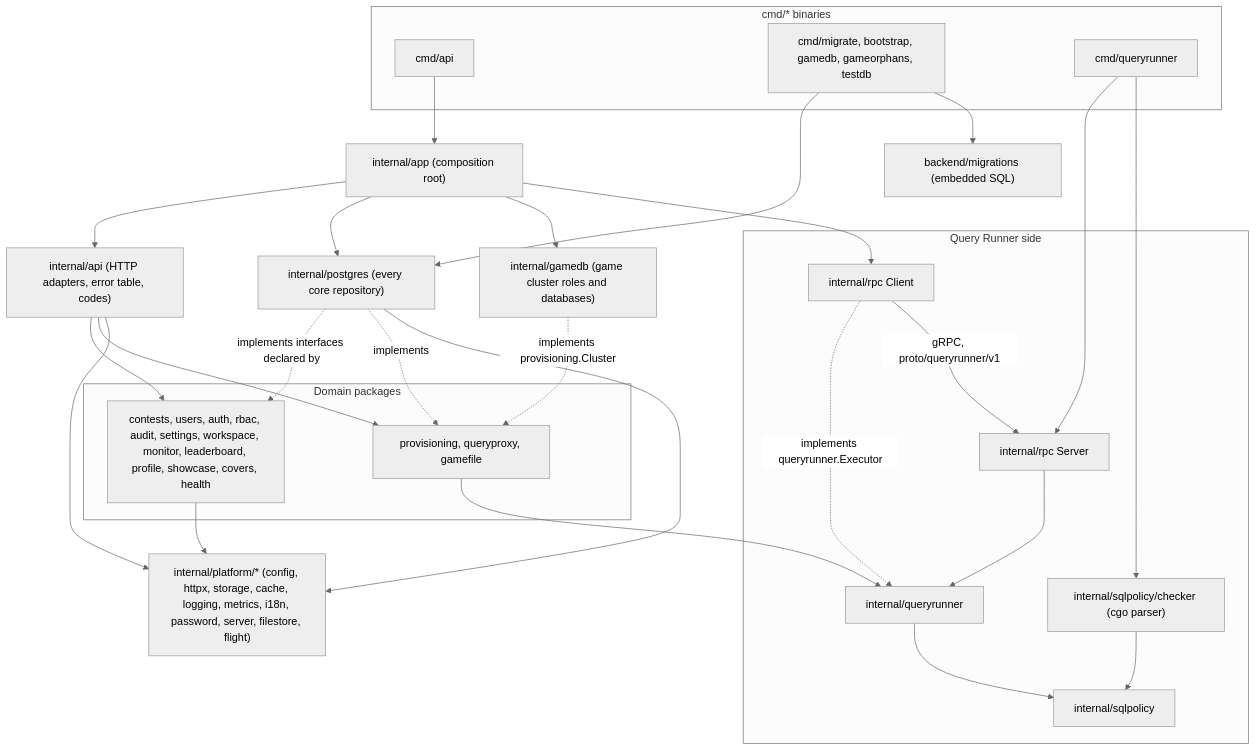
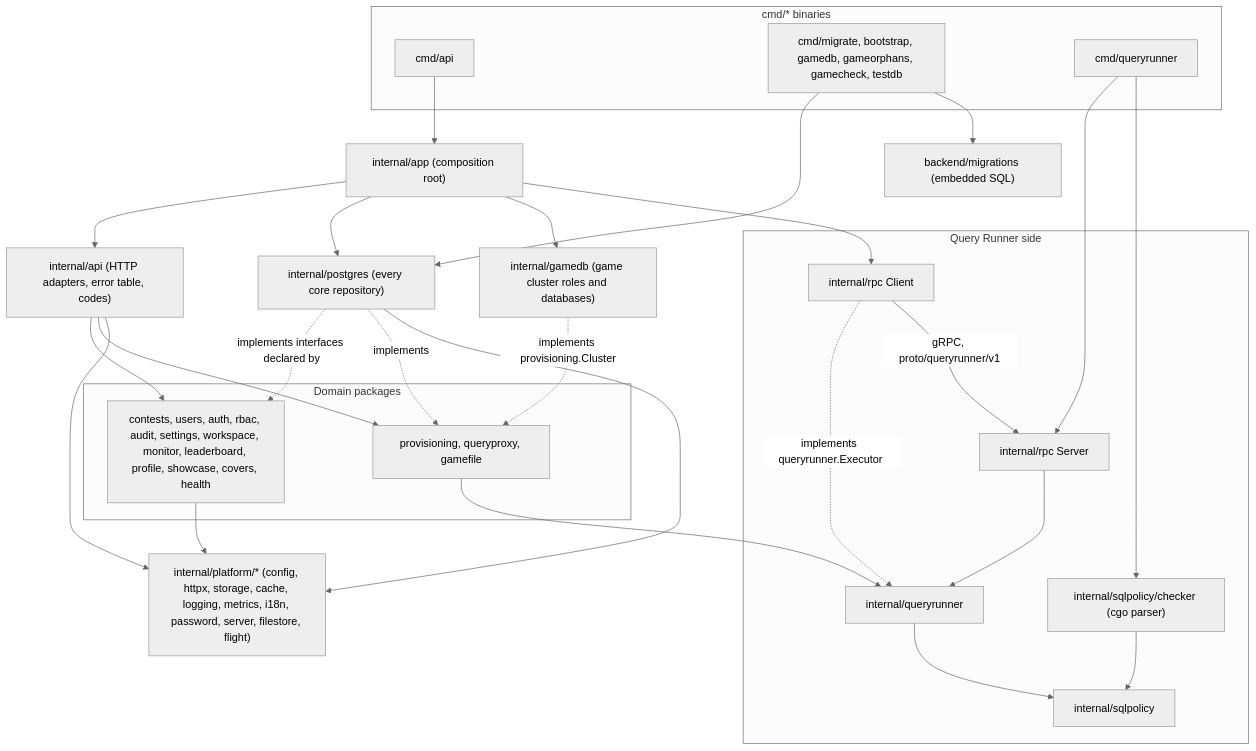
Before and after one commit to devrdn/olymp-db-platform: the diagram in docs/guide/04-backend.md, drawn with Mermaid (neutral theme). The commit also changed 5 other files, not shown here.

````diff
--- a/docs/guide/04-backend.md
+++ b/docs/guide/04-backend.md
@@ -38,54 +38,54 @@
 ```mermaid
 flowchart TB
   subgraph bins["cmd/* binaries"]
     cmdapi["cmd/api"]
-    cmdjobs["cmd/migrate, bootstrap, gamedb, gameorphans, testdb"]
+    cmdjobs["cmd/migrate, bootstrap, gamedb, gameorphans, gamecheck, testdb"]
     cmdqr["cmd/queryrunner"]
   end
 
   app["internal/app (composition root)"]
   api["internal/api (HTTP adapters, error table, codes)"]
 
   subgraph domain["Domain packages"]
     dom["contests, users, auth, rbac, audit, settings, workspace, monitor, leaderboard, profile, showcase, covers, health"]
     game["provisioning, queryproxy, gamefile"]
   end
 
   pg["internal/postgres (every core repository)"]
   gamedb["internal/gamedb (game cluster roles and databases)"]
   mig["backend/migrations (embedded SQL)"]
 
   subgraph runner["Query Runner side"]
     client["internal/rpc Client"]
     server["internal/rpc Server"]
     qr["internal/queryrunner"]
     sp["internal/sqlpolicy"]
     chk["internal/sqlpolicy/checker (cgo parser)"]
   end
 
   platform["internal/platform/* (config, httpx, storage, cache, logging, metrics, i18n, password, server, filestore, flight)"]
 
   cmdapi --> app
   app --> api
   app --> pg
   app --> gamedb
   app --> client
   api --> dom
   api --> game
   pg -.->|"implements interfaces declared by"| dom
   pg -.->|"implements"| game
   gamedb -.->|"implements provisioning.Cluster"| game
   game --> qr
   client -.->|"implements queryrunner.Executor"| qr
   client -->|"gRPC, proto/queryrunner/v1"| server
   cmdqr --> server
   cmdqr --> chk
   server --> qr
   qr --> sp
   chk --> sp
   cmdjobs --> pg
   cmdjobs --> mig
   dom --> platform
   api --> platform
   pg --> platform
 ```
````
